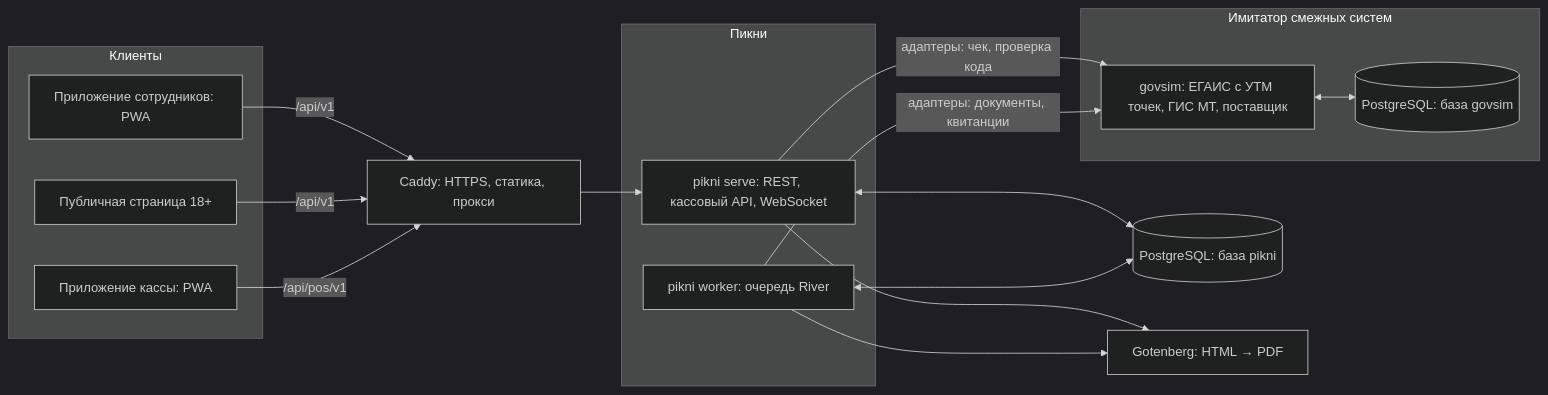
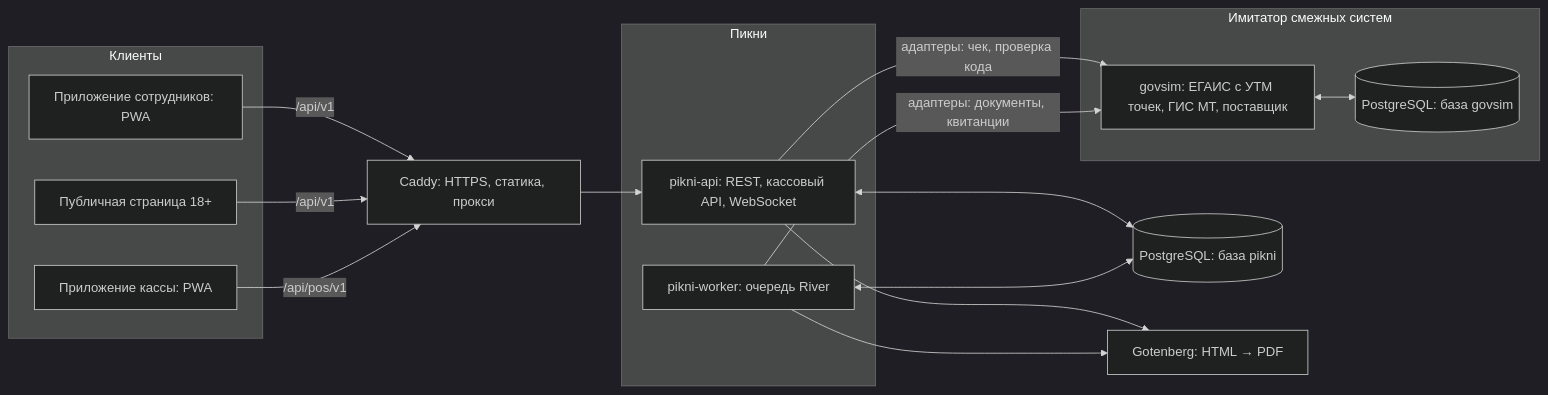
The first of 6 diagrams in docs/design/backend.md (ADEXITUM/pikni), drawn with Mermaid (dark theme) before and after one commit. The commit also changed other lines of this file and 3 other files, not shown here.

Commit message:
docs: split api and worker binaries, add regional alcohol sale rules

````diff
--- a/docs/design/backend.md
+++ b/docs/design/backend.md
@@ -20,29 +22,29 @@
 ```mermaid
 flowchart LR
   subgraph Клиенты
     WEB[Приложение сотрудников: PWA]
     POS[Приложение кассы: PWA]
     PUB[Публичная страница 18+]
   end
   C[Caddy: HTTPS, статика, прокси]
   subgraph Пикни
-    API[pikni serve: REST, кассовый API, WebSocket]
-    WRK[pikni worker: очередь River]
+    API[pikni-api: REST, кассовый API, WebSocket]
+    WRK[pikni-worker: очередь River]
   end
   DB[(PostgreSQL: база pikni)]
   G[Gotenberg: HTML → PDF]
   subgraph Имитатор смежных систем
     GS[govsim: ЕГАИС с УТМ точек, ГИС МТ, поставщик]
     GDB[(PostgreSQL: база govsim)]
   end
   WEB & PUB -->|/api/v1| C
   POS -->|/api/pos/v1| C
   C --> API
   API <--> DB
   WRK <--> DB
   API --> G
   WRK --> G
   API -->|адаптеры: чек, проверка кода| GS
   WRK -->|адаптеры: документы, квитанции| GS
   GS <--> GDB
 ```
````
